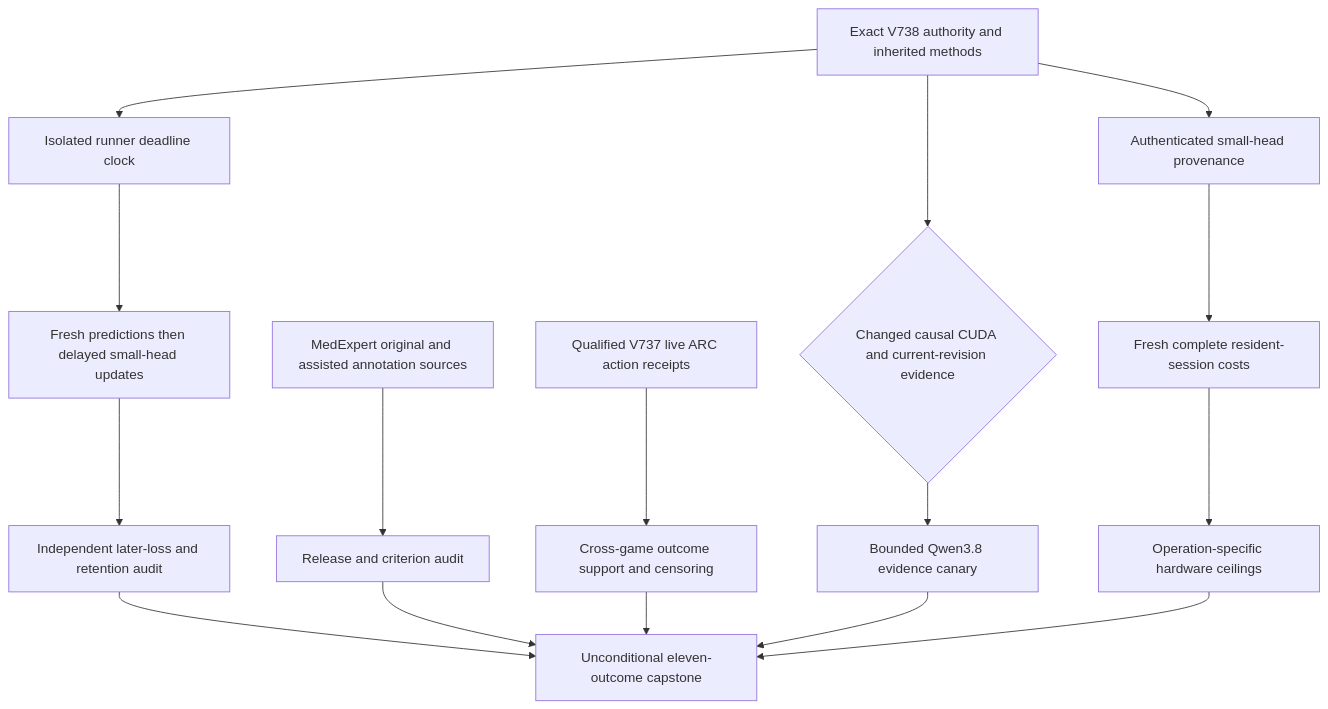
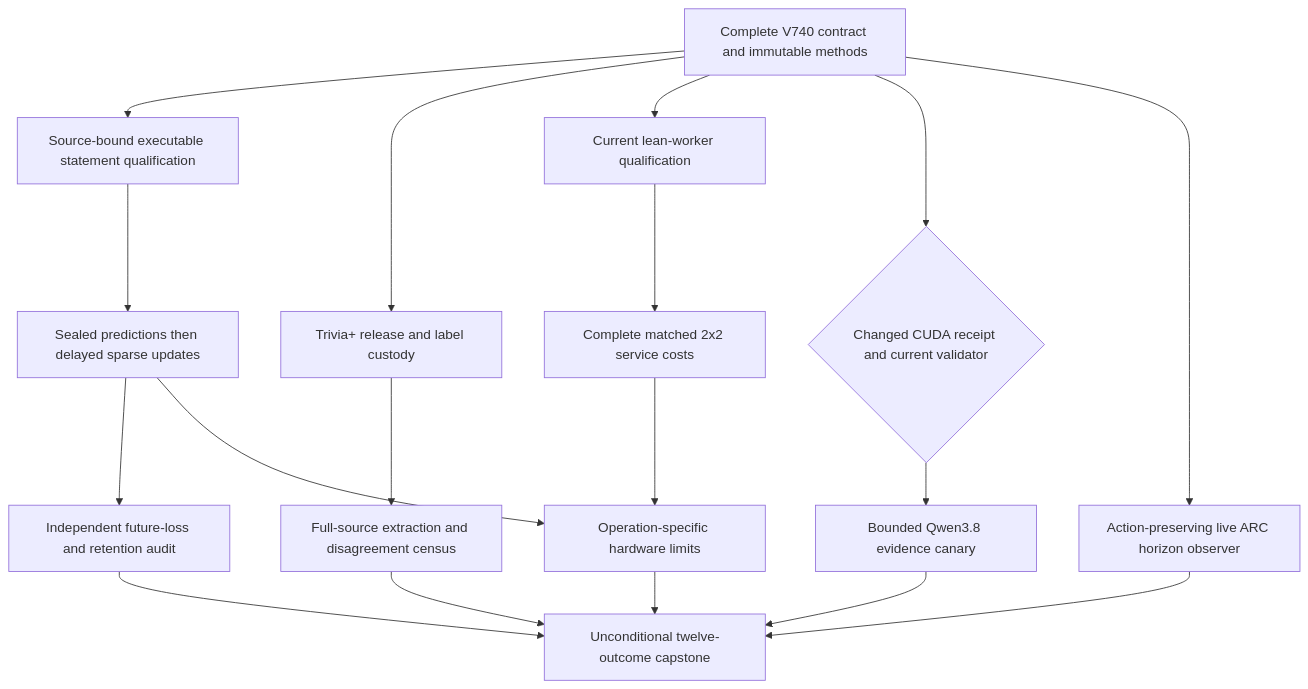
One commit to Carnot-EBM/carnot-ebm changed the first of 2 diagrams in openspec/change-proposals/research-roadmap-vNEXT.md. Above: the diagram before and after it, drawn with Mermaid. The commit also changed other lines of this file and 12 other files, not shown here.

````diff
--- a/openspec/change-proposals/research-roadmap-vNEXT.md
+++ b/openspec/change-proposals/research-roadmap-vNEXT.md
@@ -81,18 +95,20 @@
 ```mermaid
 flowchart TD
-    A[Exact V738 authority and inherited methods] --> B[Isolated runner deadline clock]
-    B --> C[Fresh predictions then delayed small-head updates]
-    C --> D[Independent later-loss and retention audit]
-    A --> E[Authenticated small-head provenance]
-    E --> F[Fresh complete resident-session costs]
-    G[MedExpert original and assisted annotation sources] --> H[Release and criterion audit]
-    I[Qualified V737 live ARC action receipts] --> J[Cross-game outcome support and censoring]
-    A --> K{Changed causal CUDA and current-revision evidence}
-    K --> L[Bounded Qwen3.8 evidence canary]
-    F --> M[Operation-specific hardware ceilings]
-    D --> N[Unconditional eleven-outcome capstone]
-    H --> N
-    J --> N
-    L --> N
-    M --> N
+    A[Complete V740 contract and immutable methods] --> B[Source-bound executable statement qualification]
+    B --> C[Sealed predictions then delayed sparse updates]
+    C --> D[Independent future-loss and retention audit]
+    A --> E[Trivia+ release and label custody]
+    E --> F[Full-source extraction and disagreement census]
+    A --> G[Current lean-worker qualification]
+    G --> H[Complete matched 2x2 service costs]
+    A --> I{Changed CUDA receipt and current validator}
+    I --> J[Bounded Qwen3.8 evidence canary]
+    A --> K[Action-preserving live ARC horizon observer]
+    H --> L[Operation-specific hardware limits]
+    C --> L
+    D --> M[Unconditional twelve-outcome capstone]
+    F --> M
+    J --> M
+    K --> M
+    L --> M
 ```
````
